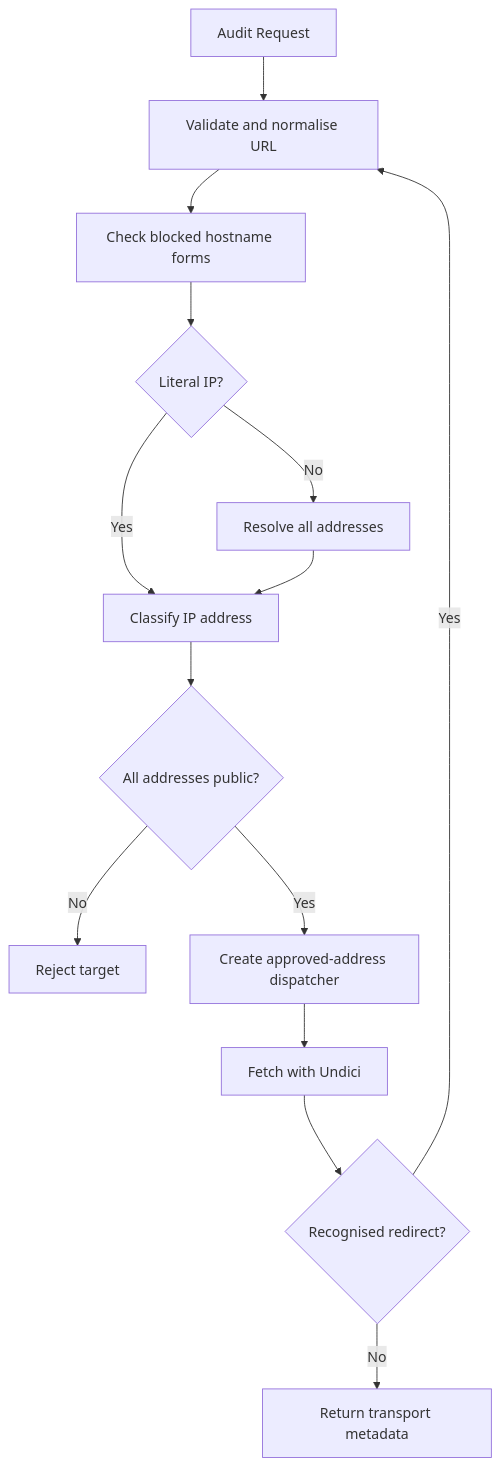
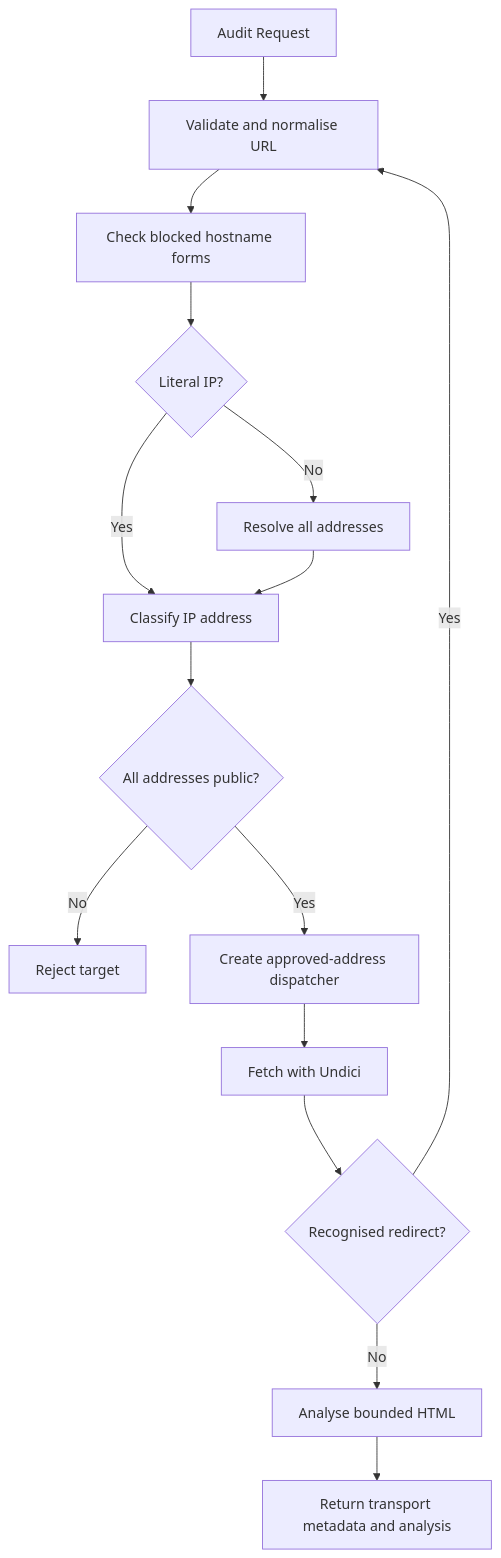
Before and after one commit to shivaydwivedi/PagePulse: the second of 2 diagrams in README.md, drawn with Mermaid. The commit also changed other lines of this file and 23 other files, not shown here.

Commit message:
feat: add deterministic HTML analysis signals

````diff
--- a/README.md
+++ b/README.md
@@ -223,16 +436,17 @@
 ```mermaid
 flowchart TD
     Request["Audit Request"] --> Validate["Validate and normalise URL"]
     Validate --> HostCheck["Check blocked hostname forms"]
     HostCheck --> Literal{"Literal IP?"}
     Literal -->|Yes| IPCheck["Classify IP address"]
     Literal -->|No| DNS["Resolve all addresses"]
     DNS --> IPCheck
     IPCheck --> Safe{"All addresses public?"}
     Safe -->|No| Block["Reject target"]
     Safe -->|Yes| Dispatcher["Create approved-address dispatcher"]
     Dispatcher --> Fetch["Fetch with Undici"]
     Fetch --> Redirect{"Recognised redirect?"}
     Redirect -->|Yes| Validate
-    Redirect -->|No| Transport["Return transport metadata"]
+    Redirect -->|No| Analysis["Analyse bounded HTML"]
+    Analysis --> Transport["Return transport metadata and analysis"]
 ```
````
